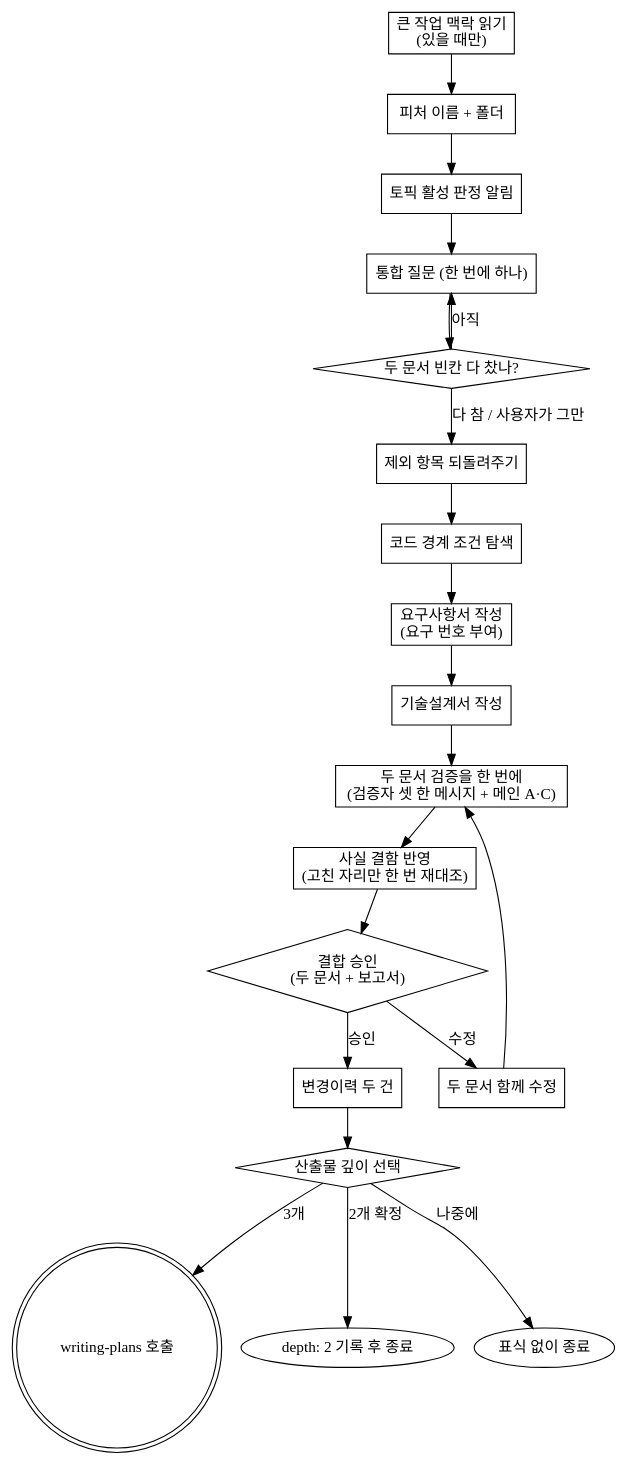
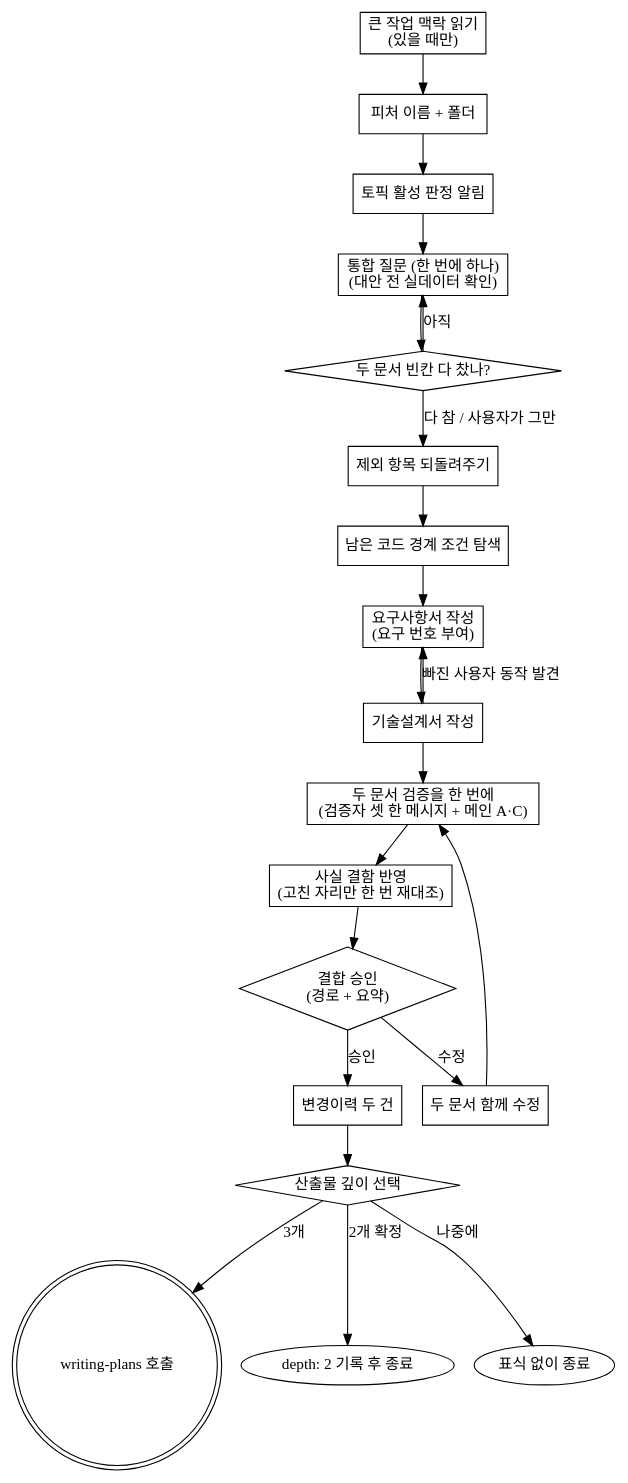
Before and after one commit to LonerStayle/js-super: the diagram in skills/paired-spec-writing/SKILL.md, drawn with Graphviz. The commit also changed other lines of this file and 2 other files, not shown here.

First line of the commit message:
feat(paired-spec-writing): 사용자 동작은 요구사항서에 · 대안 전 실데이터 확인 · 승인 메시지 요약화

````diff
--- a/skills/paired-spec-writing/SKILL.md
+++ b/skills/paired-spec-writing/SKILL.md
@@ -71,42 +71,43 @@
 ```dot
 digraph paired_spec_flow {
     "큰 작업 맥락 읽기\n(있을 때만)" [shape=box];
     "피처 이름 + 폴더" [shape=box];
     "토픽 활성 판정 알림" [shape=box];
-    "통합 질문 (한 번에 하나)" [shape=box];
+    "통합 질문 (한 번에 하나)\n(대안 전 실데이터 확인)" [shape=box];
     "두 문서 빈칸 다 찼나?" [shape=diamond];
     "제외 항목 되돌려주기" [shape=box];
-    "코드 경계 조건 탐색" [shape=box];
+    "남은 코드 경계 조건 탐색" [shape=box];
     "요구사항서 작성\n(요구 번호 부여)" [shape=box];
     "기술설계서 작성" [shape=box];
     "두 문서 검증을 한 번에\n(검증자 셋 한 메시지 + 메인 A·C)" [shape=box];
     "사실 결함 반영\n(고친 자리만 한 번 재대조)" [shape=box];
-    "결합 승인\n(두 문서 + 보고서)" [shape=diamond];
+    "결합 승인\n(경로 + 요약)" [shape=diamond];
     "두 문서 함께 수정" [shape=box];
     "변경이력 두 건" [shape=box];
     "산출물 깊이 선택" [shape=diamond];
     "writing-plans 호출" [shape=doublecircle];
     "depth: 2 기록 후 종료" [shape=oval];
     "표식 없이 종료" [shape=oval];
 
     "큰 작업 맥락 읽기\n(있을 때만)" -> "피처 이름 + 폴더";
     "피처 이름 + 폴더" -> "토픽 활성 판정 알림";
-    "토픽 활성 판정 알림" -> "통합 질문 (한 번에 하나)";
-    "통합 질문 (한 번에 하나)" -> "두 문서 빈칸 다 찼나?";
-    "두 문서 빈칸 다 찼나?" -> "통합 질문 (한 번에 하나)" [label="아직"];
+    "토픽 활성 판정 알림" -> "통합 질문 (한 번에 하나)\n(대안 전 실데이터 확인)";
+    "통합 질문 (한 번에 하나)\n(대안 전 실데이터 확인)" -> "두 문서 빈칸 다 찼나?";
+    "두 문서 빈칸 다 찼나?" -> "통합 질문 (한 번에 하나)\n(대안 전 실데이터 확인)" [label="아직"];
     "두 문서 빈칸 다 찼나?" -> "제외 항목 되돌려주기" [label="다 참 / 사용자가 그만"];
-    "제외 항목 되돌려주기" -> "코드 경계 조건 탐색";
-    "코드 경계 조건 탐색" -> "요구사항서 작성\n(요구 번호 부여)";
+    "제외 항목 되돌려주기" -> "남은 코드 경계 조건 탐색";
+    "남은 코드 경계 조건 탐색" -> "요구사항서 작성\n(요구 번호 부여)";
     "요구사항서 작성\n(요구 번호 부여)" -> "기술설계서 작성";
+    "기술설계서 작성" -> "요구사항서 작성\n(요구 번호 부여)" [label="빠진 사용자 동작 발견"];
     "기술설계서 작성" -> "두 문서 검증을 한 번에\n(검증자 셋 한 메시지 + 메인 A·C)";
     "두 문서 검증을 한 번에\n(검증자 셋 한 메시지 + 메인 A·C)" -> "사실 결함 반영\n(고친 자리만 한 번 재대조)";
-    "사실 결함 반영\n(고친 자리만 한 번 재대조)" -> "결합 승인\n(두 문서 + 보고서)";
-    "결합 승인\n(두 문서 + 보고서)" -> "두 문서 함께 수정" [label="수정"];
+    "사실 결함 반영\n(고친 자리만 한 번 재대조)" -> "결합 승인\n(경로 + 요약)";
+    "결합 승인\n(경로 + 요약)" -> "두 문서 함께 수정" [label="수정"];
     "두 문서 함께 수정" -> "두 문서 검증을 한 번에\n(검증자 셋 한 메시지 + 메인 A·C)";
-    "결합 승인\n(두 문서 + 보고서)" -> "변경이력 두 건" [label="승인"];
+    "결합 승인\n(경로 + 요약)" -> "변경이력 두 건" [label="승인"];
     "변경이력 두 건" -> "산출물 깊이 선택";
     "산출물 깊이 선택" -> "writing-plans 호출" [label="3개"];
     "산출물 깊이 선택" -> "depth: 2 기록 후 종료" [label="2개 확정"];
     "산출물 깊이 선택" -> "표식 없이 종료" [label="나중에"];
 }
 ```
````
